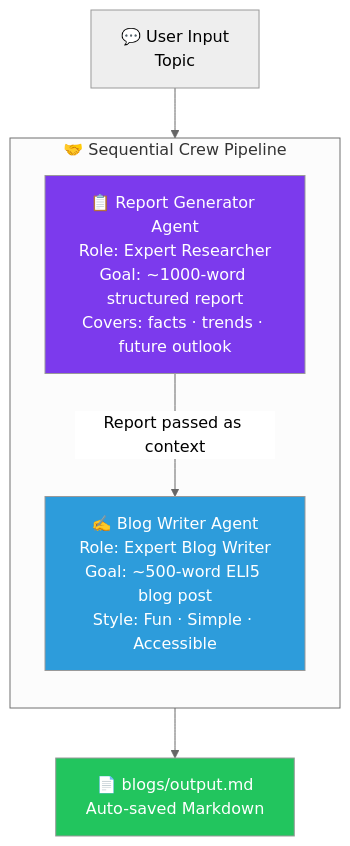
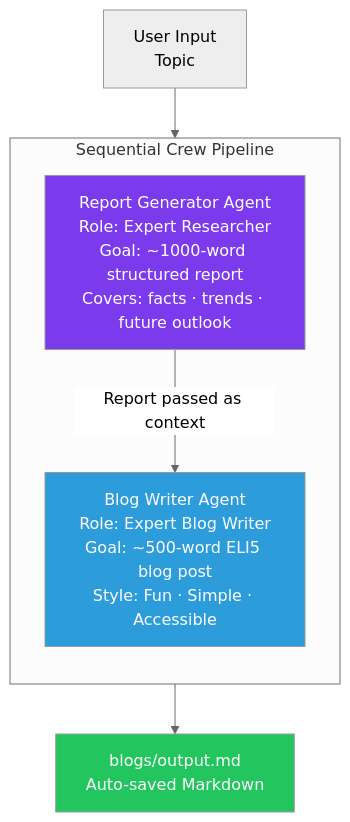
The sixth of 10 diagrams in README.md (a-r-ashik/Agentic-AI-Frameworks), drawn with Mermaid (neutral theme) before and after one commit. The commit also changed other lines of this file, not shown here.

````diff
--- a/README.md
+++ b/README.md
@@ -279,17 +279,17 @@
 ```mermaid
 flowchart TD
-    U[💬 User Input\nTopic] --> RG
+    U[ User Input\nTopic] --> RG
 
-    subgraph Crew ["🤝 Sequential Crew Pipeline"]
+    subgraph Crew [" Sequential Crew Pipeline"]
         direction TB
-        RG["📋 Report Generator Agent\nRole: Expert Researcher\nGoal: ~1000-word structured report\nCovers: facts · trends · future outlook"]
-        BW["✍️ Blog Writer Agent\nRole: Expert Blog Writer\nGoal: ~500-word ELI5 blog post\nStyle: Fun · Simple · Accessible"]
+        RG[" Report Generator Agent\nRole: Expert Researcher\nGoal: ~1000-word structured report\nCovers: facts · trends · future outlook"]
+        BW[" Blog Writer Agent\nRole: Expert Blog Writer\nGoal: ~500-word ELI5 blog post\nStyle: Fun · Simple · Accessible"]
         RG -->|Report passed as context| BW
     end
 
-    BW --> OUT[📄 blogs/output.md\nAuto-saved Markdown]
+    BW --> OUT[ blogs/output.md\nAuto-saved Markdown]
 
     style RG fill:#7C3AED,color:#fff
     style BW fill:#2D9CDB,color:#fff
     style OUT fill:#22C55E,color:#fff
 ```
````
